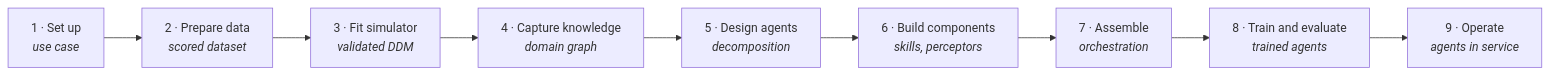
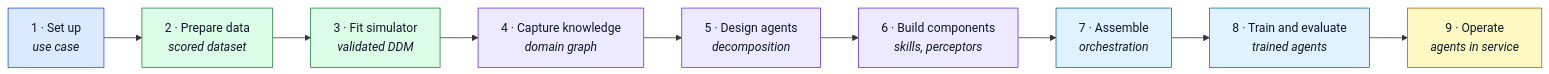
The first of 3 diagrams in README.md (Composabl/amesa-agents), drawn with Mermaid before and after one commit. The commit also changed other lines of this file, not shown here.

First line of the commit message:
Restyle README diagrams to match the domain-graph doc styling

````diff
--- a/README.md
+++ b/README.md
@@ -9,11 +9,20 @@
 ```mermaid
 flowchart LR
-    S1["1 · Set up<br/><i>use case</i>"] --> S2["2 · Prepare data<br/><i>scored dataset</i>"]
-    S2 --> S3["3 · Fit simulator<br/><i>validated DDM</i>"]
-    S3 --> S4["4 · Capture knowledge<br/><i>domain graph</i>"]
-    S4 --> S5["5 · Design agents<br/><i>decomposition</i>"]
-    S5 --> S6["6 · Build components<br/><i>skills, perceptors</i>"]
-    S6 --> S7["7 · Assemble<br/><i>orchestration</i>"]
-    S7 --> S8["8 · Train and evaluate<br/><i>trained agents</i>"]
-    S8 --> S9["9 · Operate<br/><i>agents in service</i>"]
+  S1["1 · Set up<br/><i>use case</i>"]:::setup
+  S2["2 · Prepare data<br/><i>scored dataset</i>"]:::data
+  S3["3 · Fit simulator<br/><i>validated DDM</i>"]:::data
+  S4["4 · Capture knowledge<br/><i>domain graph</i>"]:::know
+  S5["5 · Design agents<br/><i>decomposition</i>"]:::know
+  S6["6 · Build components<br/><i>skills, perceptors</i>"]:::know
+  S7["7 · Assemble<br/><i>orchestration</i>"]:::train
+  S8["8 · Train and evaluate<br/><i>trained agents</i>"]:::train
+  S9["9 · Operate<br/><i>agents in service</i>"]:::done
+
+  S1 --> S2 --> S3 --> S4 --> S5 --> S6 --> S7 --> S8 --> S9
+
+  classDef setup fill:#dbeafe,stroke:#1d4ed8,color:#0f172a
+  classDef data fill:#dcfce7,stroke:#15803d,color:#0f172a
+  classDef know fill:#ede9fe,stroke:#6d28d9,color:#0f172a
+  classDef train fill:#e0f2fe,stroke:#0369a1,color:#0f172a
+  classDef done fill:#fef9c3,stroke:#a16207,color:#0f172a
 ```
````
